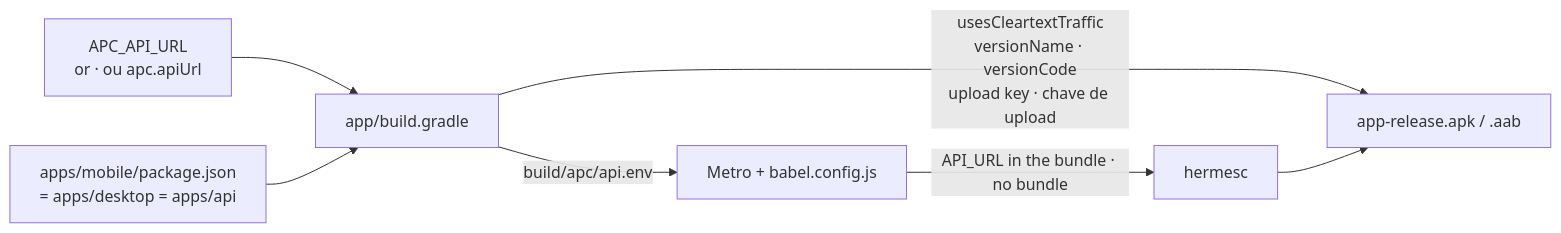
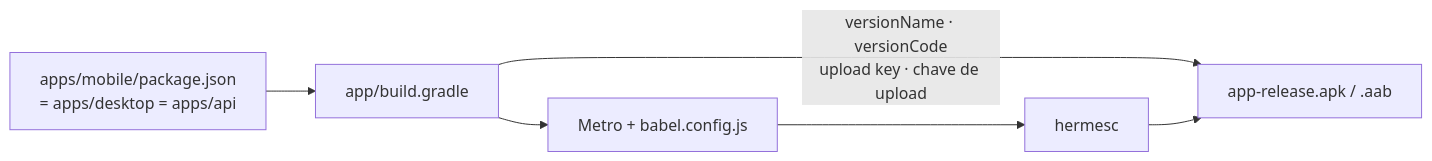
The fifth of 8 diagrams in docs/architecture.md (ChrisCamilo/apc-universal-repair), drawn with Mermaid before and after one commit. The commit also changed other lines of this file and 2 other files, not shown here.

````diff
--- a/docs/architecture.md
+++ b/docs/architecture.md
@@ -115,9 +134,8 @@
 ```mermaid
 flowchart LR
-    env["APC_API_URL<br/>or · ou apc.apiUrl"] --> gradle["app/build.gradle"]
-    gradle -- "build/apc/api.env" --> metro["Metro + babel.config.js"]
-    metro -- "API_URL in the bundle · no bundle" --> hermes["hermesc"]
-    gradle -- "usesCleartextTraffic<br/>versionName · versionCode<br/>upload key · chave de upload" --> apk["app-release.apk / .aab"]
+    gradle["app/build.gradle"] --> metro["Metro + babel.config.js"]
+    metro --> hermes["hermesc"]
+    gradle -- "versionName · versionCode<br/>upload key · chave de upload" --> apk["app-release.apk / .aab"]
     hermes --> apk
     pkg["apps/mobile/package.json<br/>= apps/desktop = apps/api"] --> gradle
 ```
````
